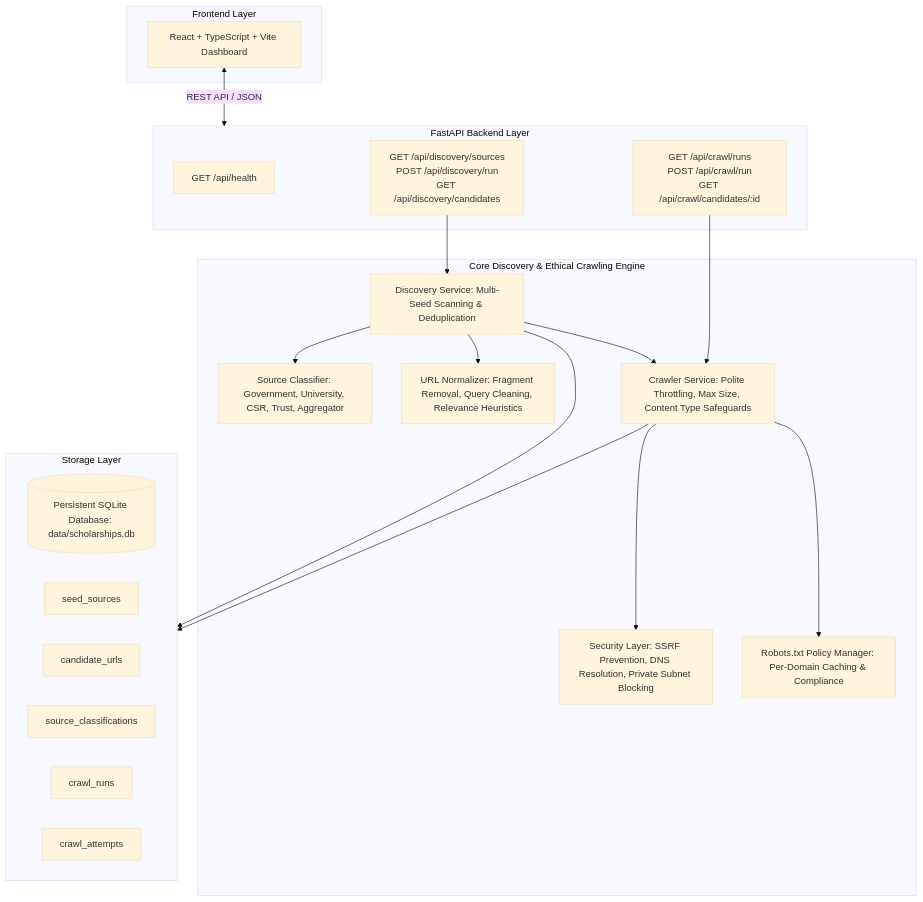
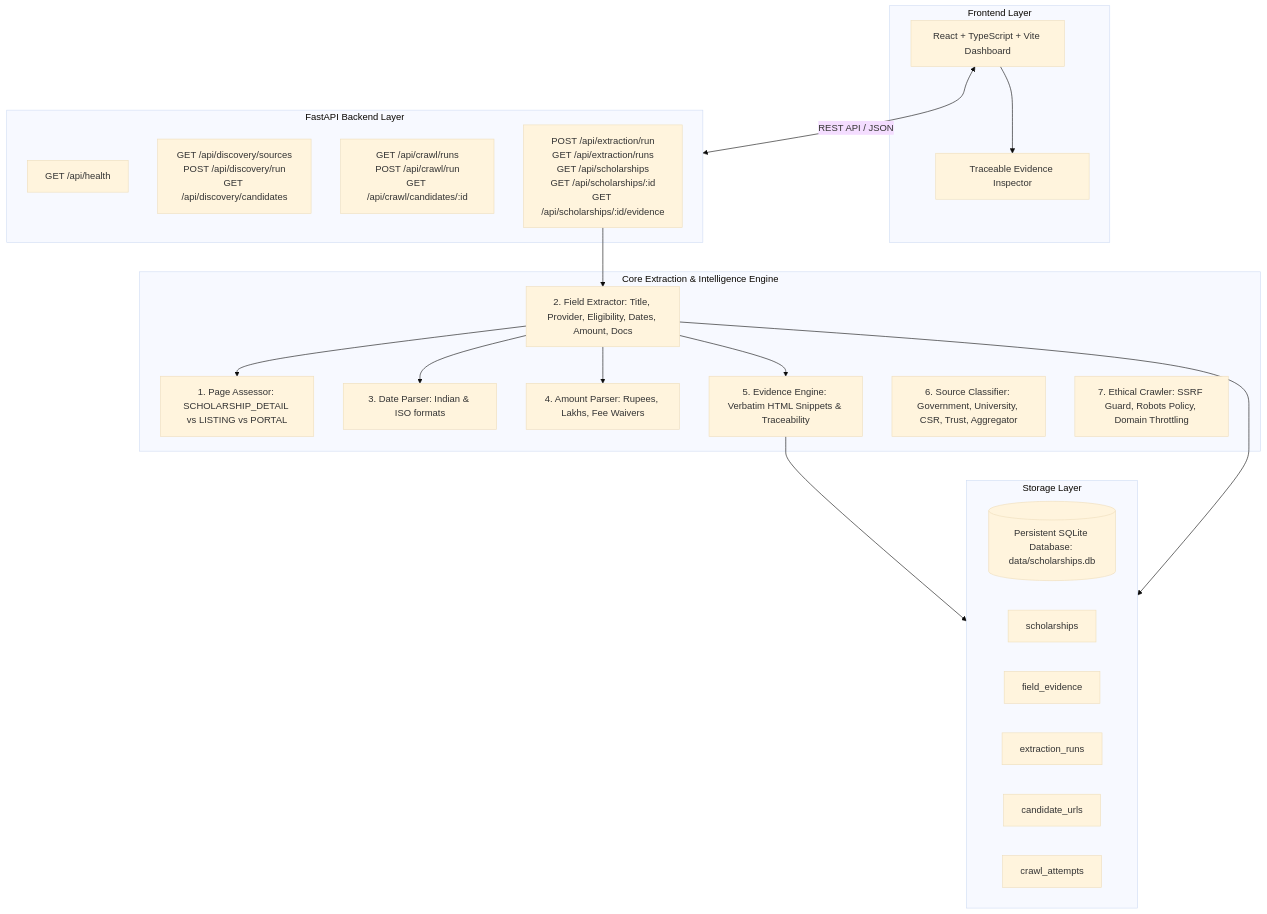
The diagram in docs/architecture.md (Guptsonu22/Scholarship-Intelligence-Crawler), drawn with Mermaid (base theme) before and after one commit. The commit also changed other lines of this file and 3 other files, not shown here.

Commit message:
feat: add deterministic extraction engine, evidence tracking, and frontend interface

````diff
--- a/docs/architecture.md
+++ b/docs/architecture.md
@@ -7,41 +7,43 @@
 ```mermaid
 graph TD
     subgraph UI [Frontend Layer]
         Dashboard[React + TypeScript + Vite Dashboard]
+        EvidenceModal[Traceable Evidence Inspector]
     end
 
     subgraph API [FastAPI Backend Layer]
         HealthRoute[GET /api/health]
         DiscoveryRoutes[GET /api/discovery/sources<br/>POST /api/discovery/run<br/>GET /api/discovery/candidates]
         CrawlRoutes[GET /api/crawl/runs<br/>POST /api/crawl/run<br/>GET /api/crawl/candidates/:id]
+        ExtractionRoutes[POST /api/extraction/run<br/>GET /api/extraction/runs<br/>GET /api/scholarships<br/>GET /api/scholarships/:id<br/>GET /api/scholarships/:id/evidence]
     end
 
-    subgraph CoreServices [Core Discovery & Ethical Crawling Engine]
-        Discovery[Discovery Service: Multi-Seed Scanning & Deduplication]
-        Classifier[Source Classifier: Government, University, CSR, Trust, Aggregator]
-        Normalizer[URL Normalizer: Fragment Removal, Query Cleaning, Relevance Heuristics]
-        Crawler[Crawler Service: Polite Throttling, Max Size, Content Type Safeguards]
-        Security[Security Layer: SSRF Prevention, DNS Resolution, Private Subnet Blocking]
-        Robots[Robots.txt Policy Manager: Per-Domain Caching & Compliance]
+    subgraph CoreServices [Core Extraction & Intelligence Engine]
+        Assessor[1. Page Assessor: SCHOLARSHIP_DETAIL vs LISTING vs PORTAL]
+        Extractor[2. Field Extractor: Title, Provider, Eligibility, Dates, Amount, Docs]
+        DateParser[3. Date Parser: Indian & ISO formats]
+        AmountParser[4. Amount Parser: Rupees, Lakhs, Fee Waivers]
+        EvidenceEngine[5. Evidence Engine: Verbatim HTML Snippets & Traceability]
+        Classifier[6. Source Classifier: Government, University, CSR, Trust, Aggregator]
+        Crawler[7. Ethical Crawler: SSRF Guard, Robots Policy, Domain Throttling]
     end
 
     subgraph Storage [Storage Layer]
         SQLite[(Persistent SQLite Database: data/scholarships.db)]
-        SeedTable[seed_sources]
+        SchTable[scholarships]
+        EvTable[field_evidence]
+        RunsTable[extraction_runs]
         CandTable[candidate_urls]
-        ClassTable[source_classifications]
-        RunsTable[crawl_runs]
         AttemptsTable[crawl_attempts]
     end
 
     Dashboard <-->|REST API / JSON| API
-    DiscoveryRoutes --> Discovery
-    CrawlRoutes --> Crawler
-    Discovery --> Normalizer
-    Discovery --> Classifier
-    Discovery --> Crawler
-    Crawler --> Security
-    Crawler --> Robots
-    Crawler --> Storage
-    Discovery --> Storage
+    Dashboard --> EvidenceModal
+    ExtractionRoutes --> Extractor
+    Extractor --> Assessor
+    Extractor --> DateParser
+    Extractor --> AmountParser
+    Extractor --> EvidenceEngine
+    EvidenceEngine --> Storage
+    Extractor --> Storage
 ```
````
